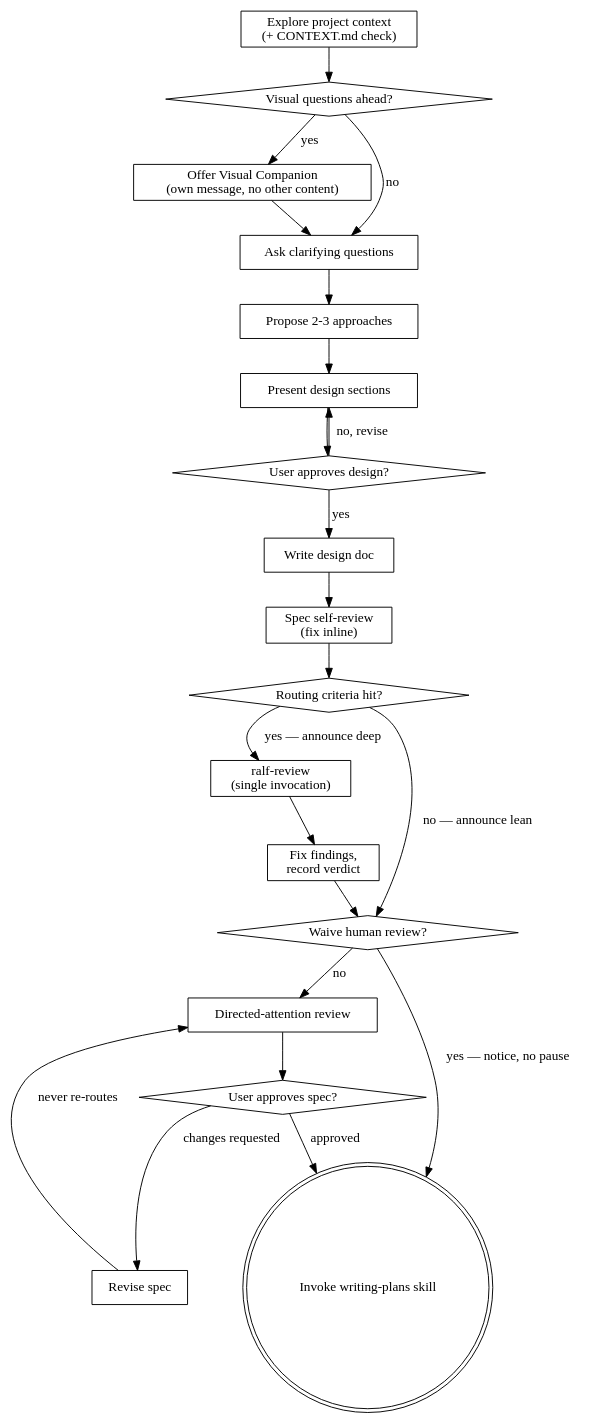
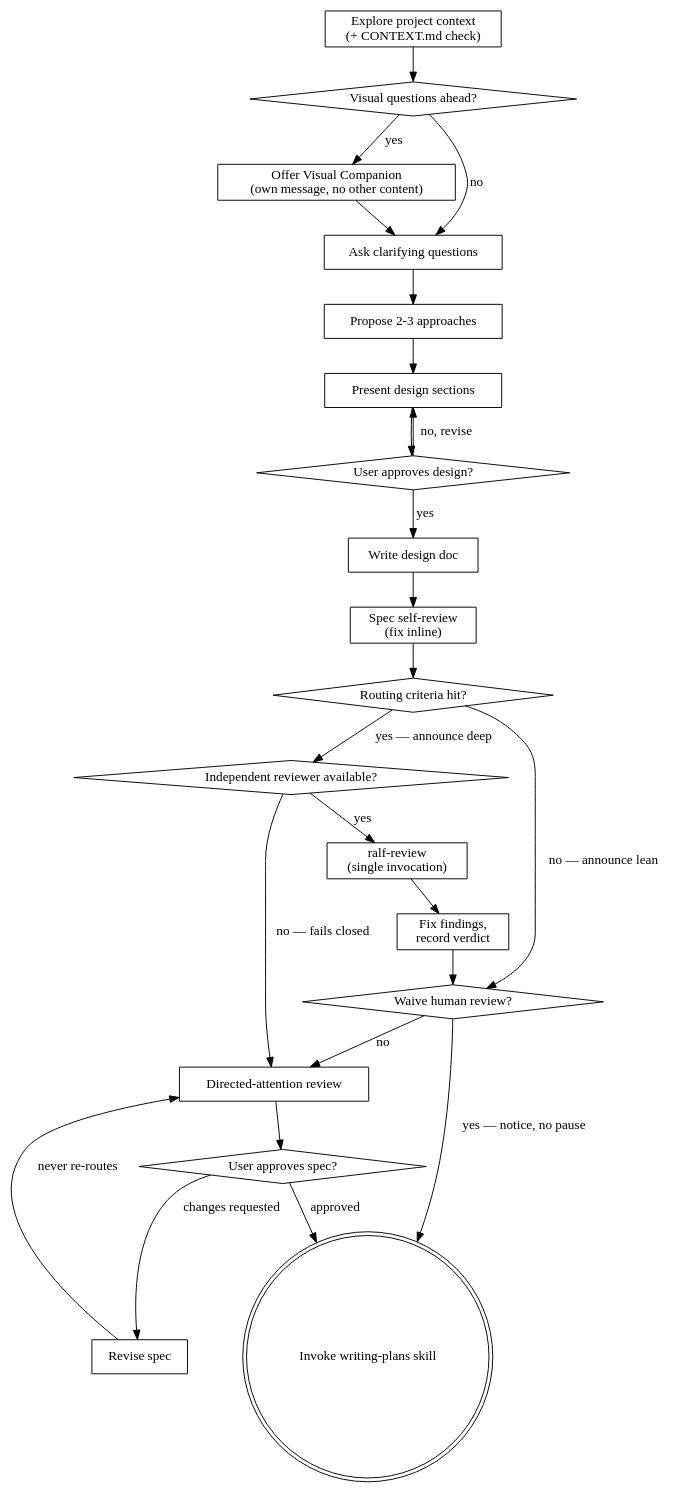
The diagram in src/user/.agents/skills/brainstorming/SKILL.md (scotthamilton77/agents-config), drawn with Graphviz before and after one commit.

Commit message:
fix(brainstorming): add independent-reviewer-dispatch fallback to process-flow digraph (PR #245 comment 3564569089)

Claude-Session: https://claude.ai/code/session_01PP2dTpCn1WDYJ2LgL5Dm41

````diff
--- a/src/user/.agents/skills/brainstorming/SKILL.md
+++ b/src/user/.agents/skills/brainstorming/SKILL.md
@@ -44,43 +44,46 @@
 ```dot
 digraph brainstorming {
     "Explore project context\n(+ CONTEXT.md check)" [shape=box];
     "Visual questions ahead?" [shape=diamond];
     "Offer Visual Companion\n(own message, no other content)" [shape=box];
     "Ask clarifying questions" [shape=box];
     "Propose 2-3 approaches" [shape=box];
     "Present design sections" [shape=box];
     "User approves design?" [shape=diamond];
     "Write design doc" [shape=box];
     "Spec self-review\n(fix inline)" [shape=box];
     "Routing criteria hit?" [shape=diamond];
+    "Independent reviewer available?" [shape=diamond];
     "ralf-review\n(single invocation)" [shape=box];
     "Fix findings,\nrecord verdict" [shape=box];
     "Waive human review?" [shape=diamond];
     "Directed-attention review" [shape=box];
     "User approves spec?" [shape=diamond];
     "Revise spec" [shape=box];
     "Invoke writing-plans skill" [shape=doublecircle];
 
     "Explore project context\n(+ CONTEXT.md check)" -> "Visual questions ahead?";
     "Visual questions ahead?" -> "Offer Visual Companion\n(own message, no other content)" [label="yes"];
     "Visual questions ahead?" -> "Ask clarifying questions" [label="no"];
     "Offer Visual Companion\n(own message, no other content)" -> "Ask clarifying questions";
     "Ask clarifying questions" -> "Propose 2-3 approaches";
     "Propose 2-3 approaches" -> "Present design sections";
     "Present design sections" -> "User approves design?";
     "User approves design?" -> "Present design sections" [label="no, revise"];
     "User approves design?" -> "Write design doc" [label="yes"];
     "Write design doc" -> "Spec self-review\n(fix inline)";
     "Spec self-review\n(fix inline)" -> "Routing criteria hit?";
     "Routing criteria hit?" -> "Waive human review?" [label="no — announce lean"];
-    "Routing criteria hit?" -> "ralf-review\n(single invocation)" [label="yes — announce deep"];
+    "Routing criteria hit?" -> "Independent reviewer available?" [label="yes — announce deep"];
+    "Independent reviewer available?" -> "ralf-review\n(single invocation)" [label="yes"];
+    "Independent reviewer available?" -> "Directed-attention review" [label="no — fails closed"];
     "ralf-review\n(single invocation)" -> "Fix findings,\nrecord verdict";
     "Fix findings,\nrecord verdict" -> "Waive human review?";
     "Waive human review?" -> "Invoke writing-plans skill" [label="yes — notice, no pause"];
     "Waive human review?" -> "Directed-attention review" [label="no"];
     "Directed-attention review" -> "User approves spec?";
     "User approves spec?" -> "Invoke writing-plans skill" [label="approved"];
     "User approves spec?" -> "Revise spec" [label="changes requested"];
     "Revise spec" -> "Directed-attention review" [label="never re-routes"];
 }
 ```
````
